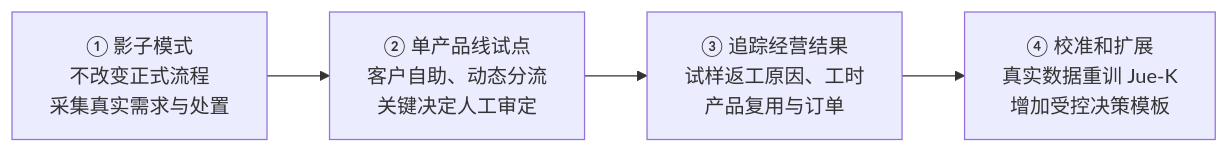
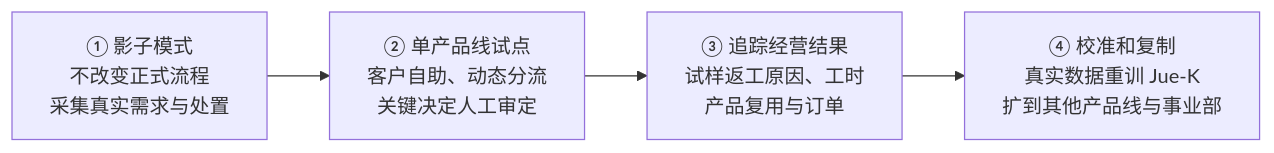
The sixth of 6 diagrams in README.md (Deliaru/Hua-Yan), drawn with Mermaid before and after one commit. The commit also changed other lines of this file and 5 other files, not shown here.

Commit message:
docs: README、PITCH、VISION、ARCHITECTURE 定稿优化；模型卡并列校准前后 AUC；演示录制说明改为「全路径讲解 / 专业深链路」命名

````diff
--- a/README.md
+++ b/README.md
@@ -921,6 +986,6 @@
 ```mermaid
 flowchart LR
     S1["① 影子模式<br/>不改变正式流程<br/>采集真实需求与处置"] --> S2["② 单产品线试点<br/>客户自助、动态分流<br/>关键决定人工审定"]
     S2 --> S3["③ 追踪经营结果<br/>试样返工原因、工时<br/>产品复用与订单"]
-    S3 --> S4["④ 校准和扩展<br/>真实数据重训 Jue-K<br/>增加受控决策模板"]
+    S3 --> S4["④ 校准和复制<br/>真实数据重训 Jue-K<br/>扩到其他产品线与事业部"]
 ```
````
